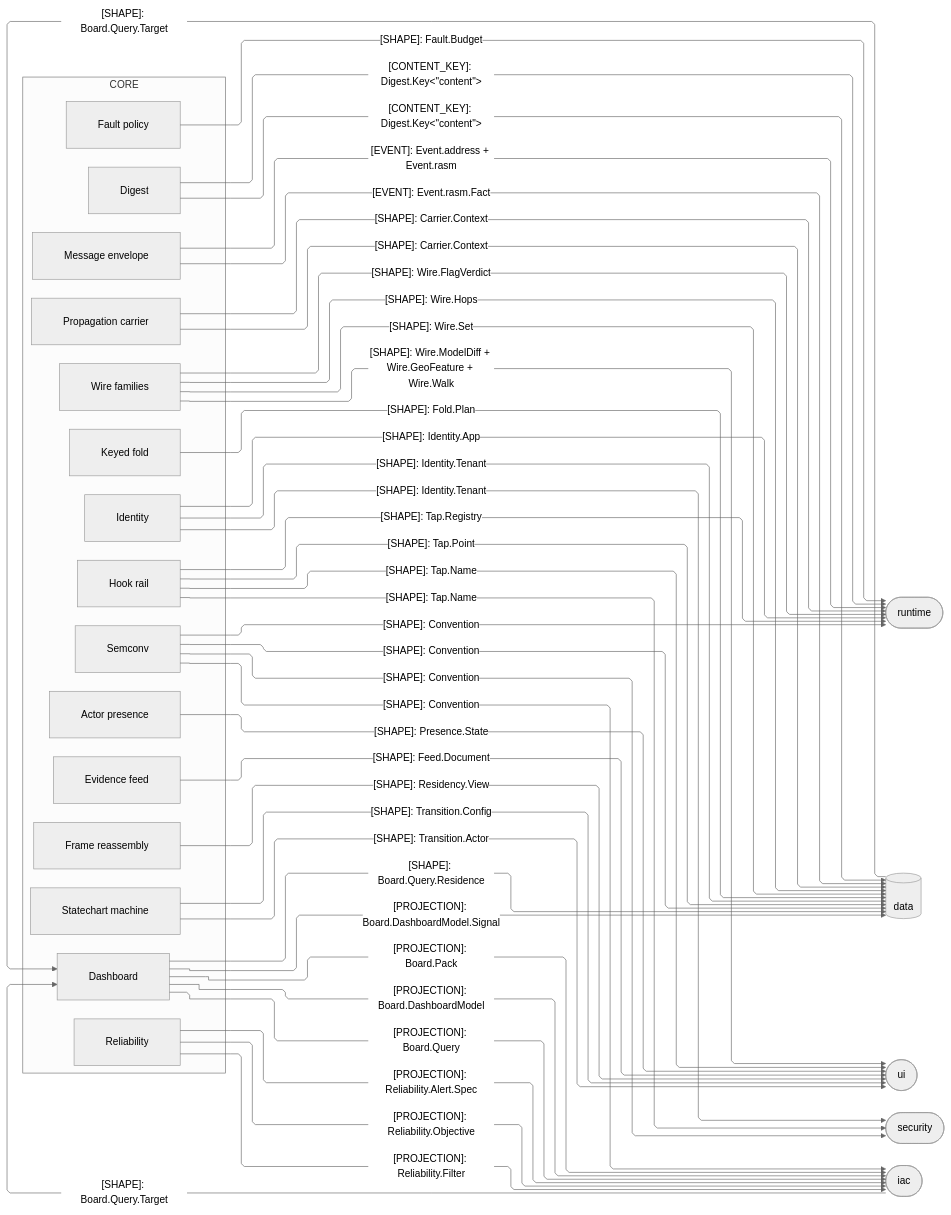
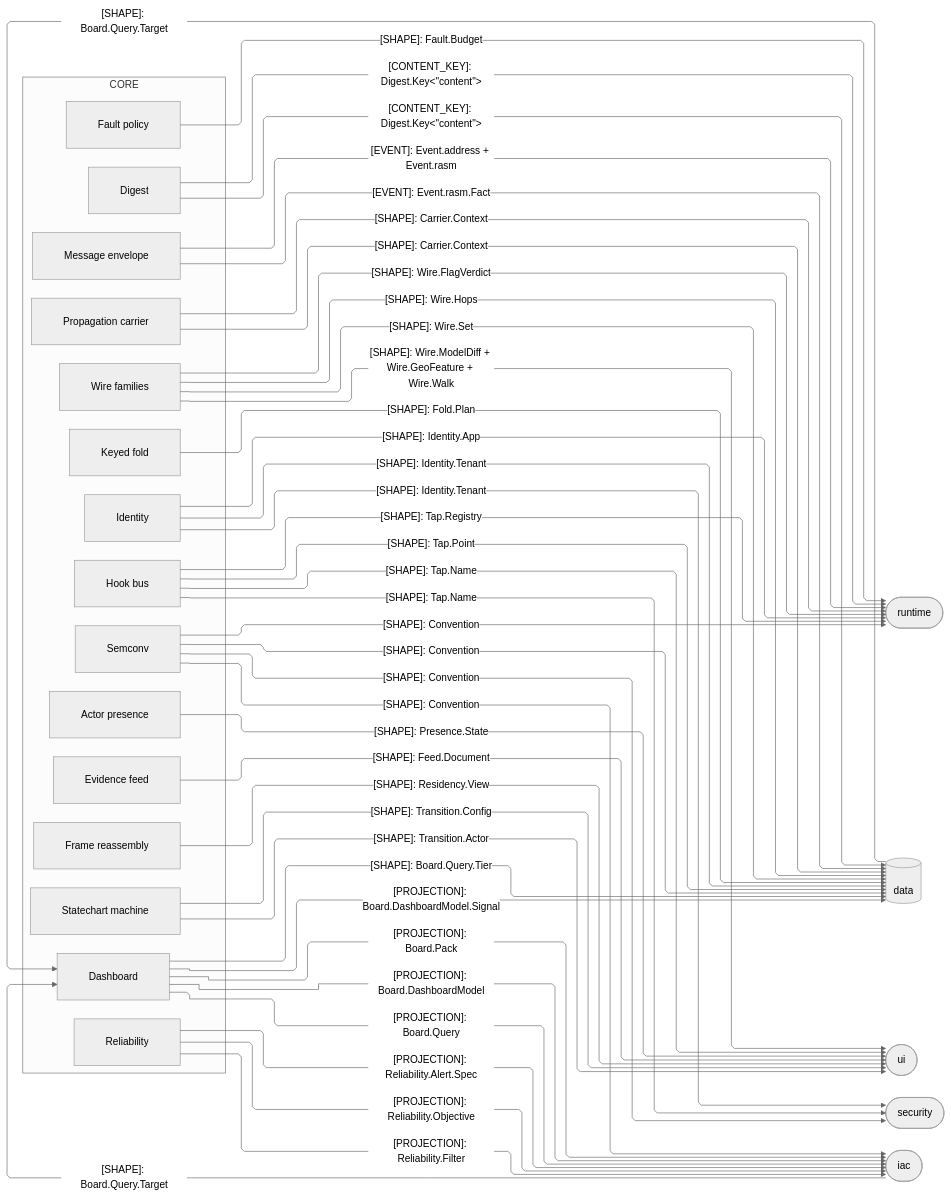
The third of 4 diagrams in libs/typescript/core/ARCHITECTURE.md (bsamiee/Rasm), drawn with Mermaid (neutral theme) before and after one commit. The commit also changed other lines of this file and 1997 other files, not shown here.

First line of the commit message:
docs: rename rail to result and seam to boundary across the corpus

````diff
--- a/libs/typescript/core/ARCHITECTURE.md
+++ b/libs/typescript/core/ARCHITECTURE.md
@@ -170,72 +170,72 @@
 ```mermaid
 ---
 config:
   layout: elk
   flowchart:
     curve: linear
     padding: 25
 ---
 flowchart LR
-    accTitle: Core TypeScript sibling seam registry
+    accTitle: Core TypeScript sibling boundary registry
     accDescr: Which core-owned shapes each sibling folder consumes, and which query targets the olap and operate owners hand back to Board.
     subgraph core[CORE]
         Digest[Digest]
         Wire[Wire families]
         Frame[Frame reassembly]
         Fold[Keyed fold]
         Feed[Evidence feed]
         Identity[Identity]
         Fault[Fault policy]
         Convention[Semconv]
         Reliability[Reliability]
         Board[Dashboard]
-        Tap[Hook rail]
+        Tap[Hook bus]
         Carrier[Propagation carrier]
         Event[Message envelope]
         Transition[Statechart machine]
         Presence[Actor presence]
     end
     Runtime([runtime])
     Data[(data)]
     Ui([ui])
     Security([security])
     Iac([iac])
     Digest e1@-->|"[CONTENT_KEY]: Digest.Key&lt;&quot;content&quot;&gt;"| Data
     Digest e2@-->|"[CONTENT_KEY]: Digest.Key&lt;&quot;content&quot;&gt;"| Runtime
     Wire e3@-->|"[SHAPE]: Wire.FlagVerdict"| Runtime
     Wire e4@-->|"[SHAPE]: Wire.ModelDiff + Wire.GeoFeature + Wire.Walk"| Ui
     Wire e5@-->|"[SHAPE]: Wire.Hops"| Data
     Wire e6@-->|"[SHAPE]: Wire.Set"| Data
     Fold e7@-->|"[SHAPE]: Fold.Plan"| Data
     Feed e8@-->|"[SHAPE]: Feed.Document"| Ui
     Identity e9@-->|"[SHAPE]: Identity.Tenant"| Security
     Identity e10@-->|"[SHAPE]: Identity.Tenant"| Data
     Identity e11@-->|"[SHAPE]: Identity.App"| Runtime
     Fault e12@-->|"[SHAPE]: Fault.Budget"| Runtime
     Convention e13@-->|"[SHAPE]: Convention"| Runtime
     Convention e14@-->|"[SHAPE]: Convention"| Data
     Convention e15@-->|"[SHAPE]: Convention"| Security
     Convention e16@-->|"[SHAPE]: Convention"| Iac
     Board e17@-->|"[PROJECTION]: Board.DashboardModel"| Iac
     Board e18@-->|"[PROJECTION]: Board.Query"| Iac
-    Board e19@-->|"[SHAPE]: Board.Query.Residence"| Data
+    Board e19@-->|"[SHAPE]: Board.Query.Tier"| Data
     Board e20@-->|"[PROJECTION]: Board.DashboardModel.Signal"| Data
     Reliability e21@-->|"[PROJECTION]: Reliability.Alert.Spec"| Iac
     Reliability e22@-->|"[PROJECTION]: Reliability.Objective"| Iac
     Reliability e23@-->|"[PROJECTION]: Reliability.Filter"| Iac
     Frame e24@-->|"[SHAPE]: Residency.View"| Ui
     Tap e25@-->|"[SHAPE]: Tap.Registry"| Runtime
     Tap e26@-->|"[SHAPE]: Tap.Point"| Data
     Tap e27@-->|"[SHAPE]: Tap.Name"| Ui
     Tap e28@-->|"[SHAPE]: Tap.Name"| Security
     Carrier e29@-->|"[SHAPE]: Carrier.Context"| Runtime
     Carrier e30@-->|"[SHAPE]: Carrier.Context"| Data
     Event e31@-->|"[EVENT]: Event.rasm.Fact"| Data
     Event e32@-->|"[EVENT]: Event.address + Event.rasm"| Runtime
     Transition e33@-->|"[SHAPE]: Transition.Config"| Ui
     Transition e34@-->|"[SHAPE]: Transition.Actor"| Ui
     Presence e35@-->|"[SHAPE]: Presence.State"| Ui
     Data e36@-->|"[SHAPE]: Board.Query.Target"| Board
     Iac e37@-->|"[SHAPE]: Board.Query.Target"| Board
     Board e38@-->|"[PROJECTION]: Board.Pack"| Iac
 ```
````
